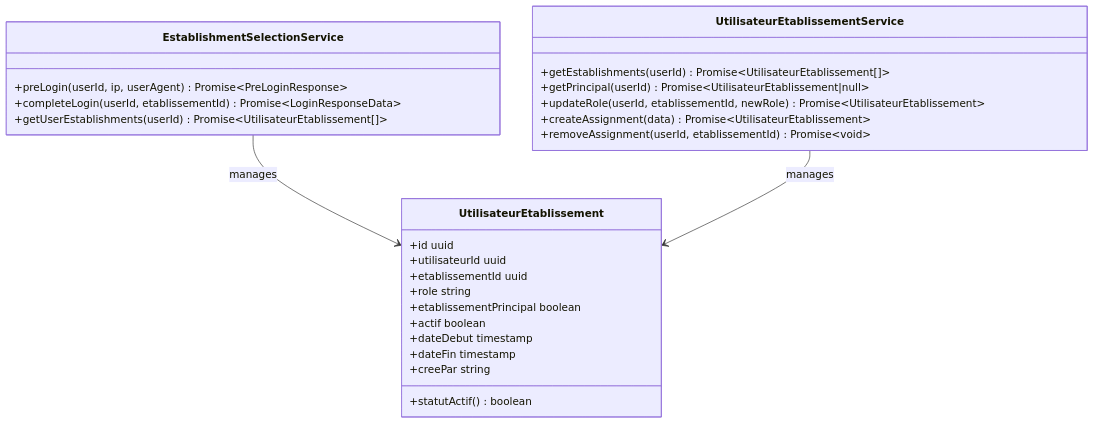
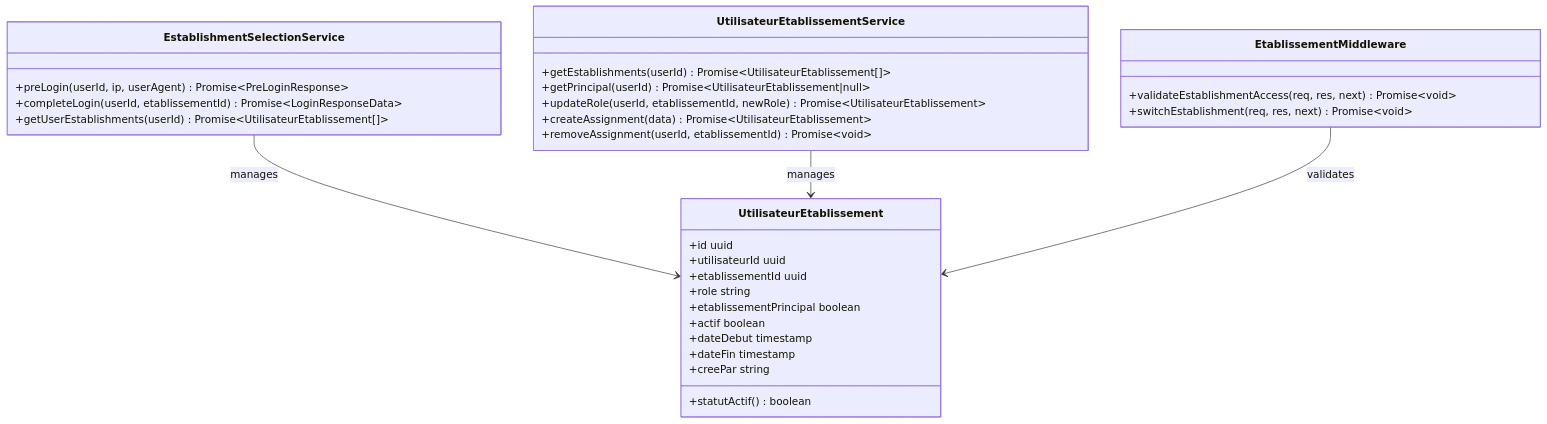
The tenth of 14 diagrams in .qoder/repowiki/en/content/Authentication & Authorization/Authentication Flow.md (franckylab/eLISAschool), drawn with Mermaid before and after one commit. The commit also changed other lines of this file and 53 other files, not shown here.

````diff
--- a/.qoder/repowiki/en/content/Authentication & Authorization/Authentication Flow.md
+++ b/.qoder/repowiki/en/content/Authentication & Authorization/Authentication Flow.md
@@ -875,29 +908,34 @@
 ```mermaid
 classDiagram
 class EstablishmentSelectionService {
 +preLogin(userId, ip, userAgent) Promise~PreLoginResponse~
 +completeLogin(userId, etablissementId) Promise~LoginResponseData~
 +getUserEstablishments(userId) Promise~UtilisateurEtablissement[]~
 }
 class UtilisateurEtablissementService {
 +getEstablishments(userId) Promise~UtilisateurEtablissement[]~
 +getPrincipal(userId) Promise~UtilisateurEtablissement|null~
 +updateRole(userId, etablissementId, newRole) Promise~UtilisateurEtablissement~
 +createAssignment(data) Promise~UtilisateurEtablissement~
 +removeAssignment(userId, etablissementId) Promise~void~
 }
 class UtilisateurEtablissement {
 +id uuid
 +utilisateurId uuid
 +etablissementId uuid
 +role string
 +etablissementPrincipal boolean
 +actif boolean
 +dateDebut timestamp
 +dateFin timestamp
 +creePar string
 +statutActif() boolean
 }
+class EtablissementMiddleware {
++validateEstablishmentAccess(req, res, next) Promise~void~
++switchEstablishment(req, res, next) Promise~void~
+}
 EstablishmentSelectionService --> UtilisateurEtablissement : manages
 UtilisateurEtablissementService --> UtilisateurEtablissement : manages
+EtablissementMiddleware --> UtilisateurEtablissement : validates
 ```
````
